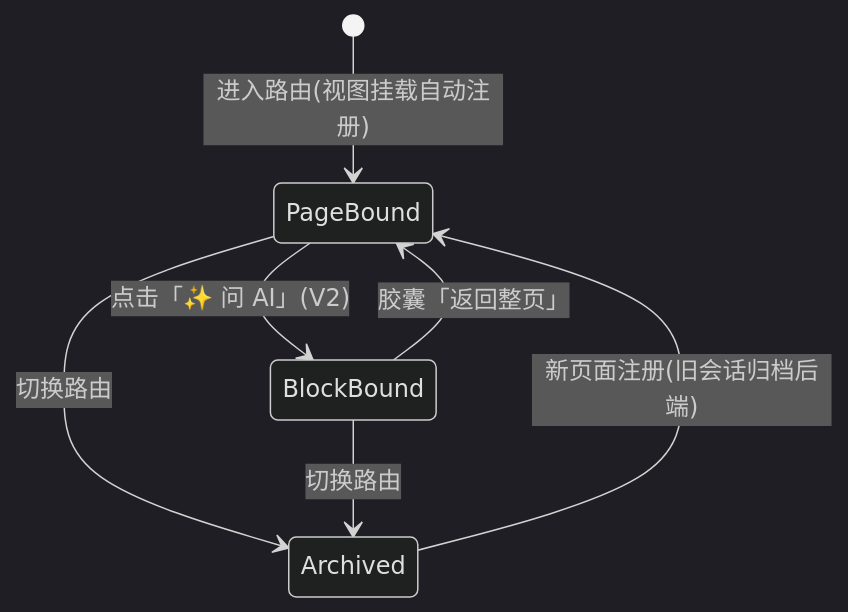
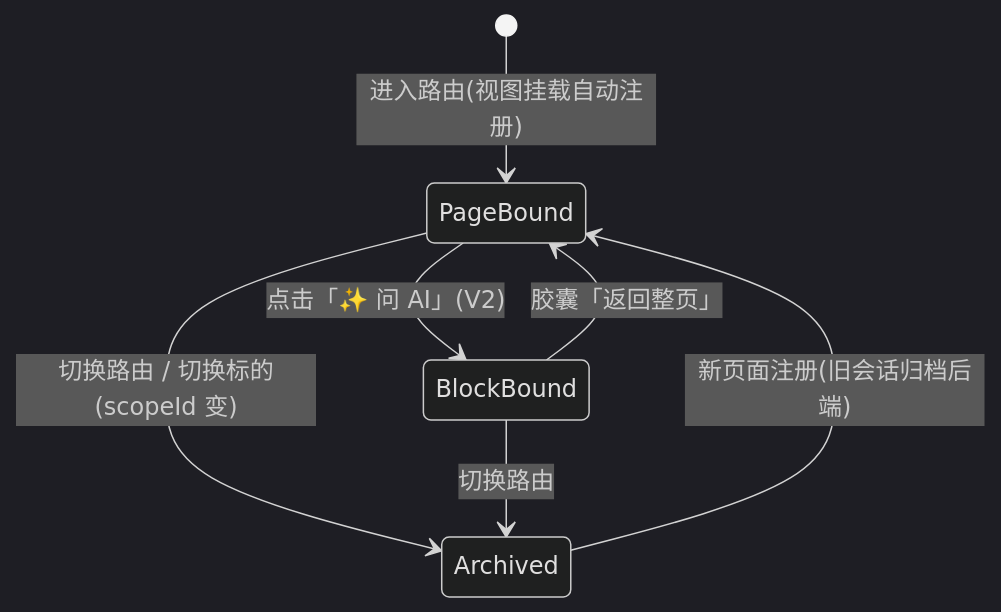
One commit to loveheng/stock-calculator changed the first of 3 diagrams in docs/copilot-spec.md. Above: the diagram before and after it, drawn with Mermaid (dark theme). The commit also changed other lines of this file and 20 other files, not shown here.

````diff
--- a/docs/copilot-spec.md
+++ b/docs/copilot-spec.md
@@ -71,9 +89,9 @@
 ```mermaid
 stateDiagram-v2
     [*] --> PageBound: 进入路由(视图挂载自动注册)
     PageBound --> BlockBound: 点击「✨ 问 AI」(V2)
     BlockBound --> PageBound: 胶囊「返回整页」
-    PageBound --> Archived: 切换路由
+    PageBound --> Archived: 切换路由 / 切换标的(scopeId 变)
     BlockBound --> Archived: 切换路由
     Archived --> PageBound: 新页面注册(旧会话归档后端)
 ```
````
